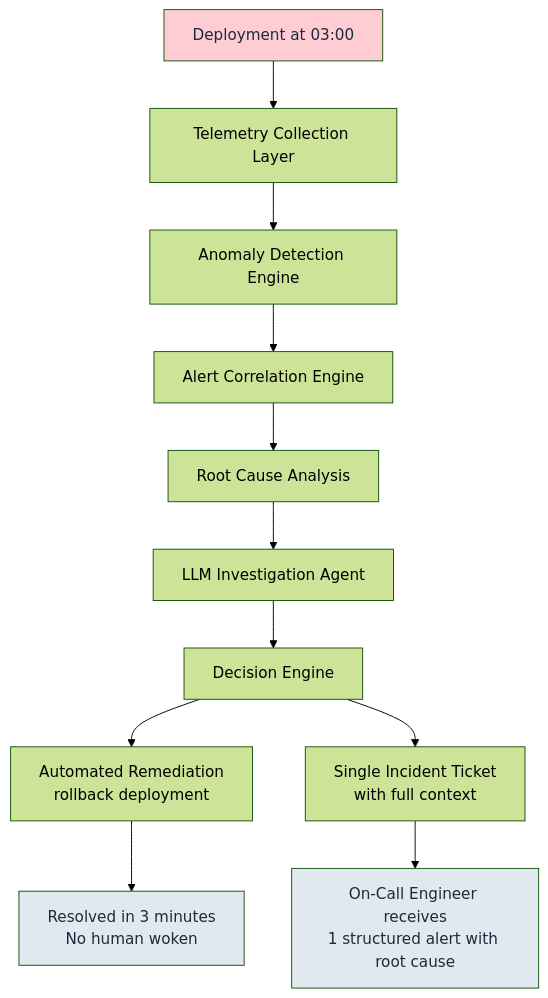
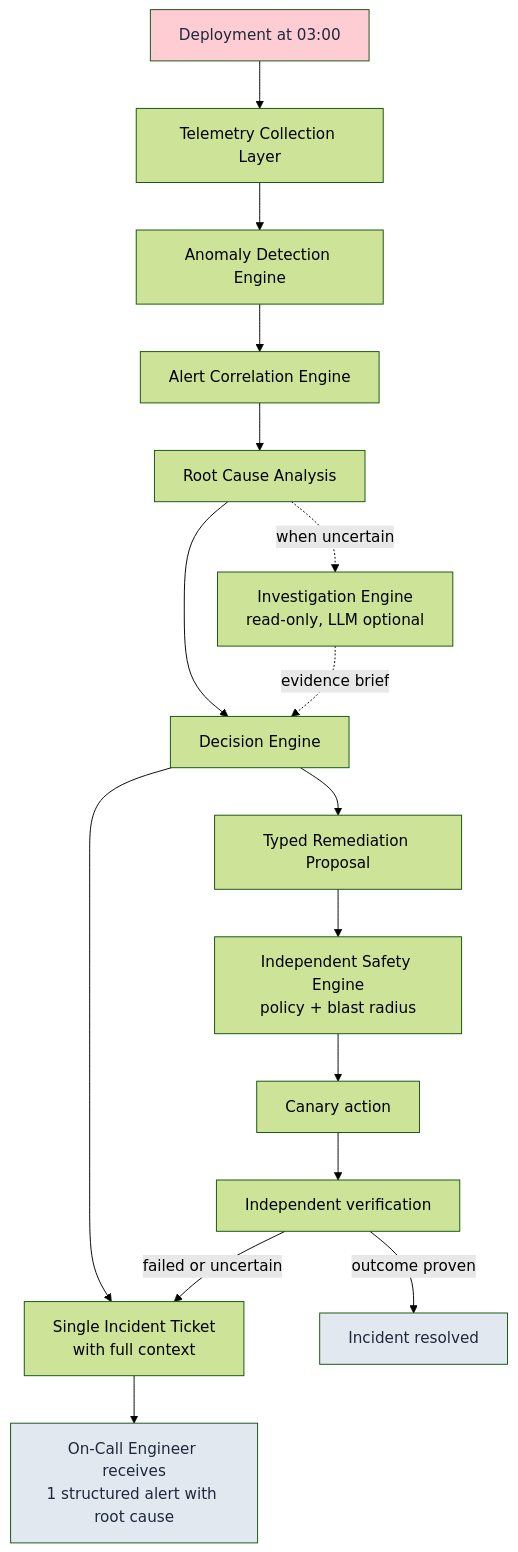
One commit to XUanhoa04/aiops-engineering-handbook changed the second of 10 diagrams in docs/en/00-introduction.md. Above: the diagram before and after it, drawn with Mermaid (forest theme). The commit also changed other lines of this file and 52 other files, not shown here.

Commit message:
docs: modernize and reproduce architecture diagrams

````diff
--- a/docs/en/00-introduction.md
+++ b/docs/en/00-introduction.md
@@ -140,19 +140,24 @@
 ```mermaid
 graph TD
     DEP[Deployment at 03:00] --> COLLECT[Telemetry Collection Layer]
     COLLECT --> AD[Anomaly Detection Engine]
     AD --> CORR[Alert Correlation Engine]
     CORR --> RCA[Root Cause Analysis]
-    RCA --> LLM[LLM Investigation Agent]
-    LLM --> DEC[Decision Engine]
+    RCA --> DEC[Decision Engine]
+    RCA -.->|when uncertain| INV[Investigation Engine\nread-only, LLM optional]
+    INV -.->|evidence brief| DEC
 
-    DEC --> AUTO[Automated Remediation\nrollback deployment]
+    DEC --> PROP[Typed Remediation Proposal]
     DEC --> TICKET[Single Incident Ticket\nwith full context]
+    PROP --> SAFE[Independent Safety Engine\npolicy + blast radius]
+    SAFE --> CANARY[Canary action]
+    CANARY --> VERIFY[Independent verification]
 
-    AUTO --> RESOLVED[Resolved in 3 minutes\nNo human woken]
+    VERIFY -->|outcome proven| RESOLVED[Incident resolved]
+    VERIFY -->|failed or uncertain| TICKET
     TICKET --> ENG[On-Call Engineer receives\n1 structured alert with root cause]
 
     style DEP fill:#fecdd3,color:#1e293b
     style RESOLVED fill:#e2e8f0,color:#1e293b
     style ENG fill:#e2e8f0,color:#1e293b
 ```
````
